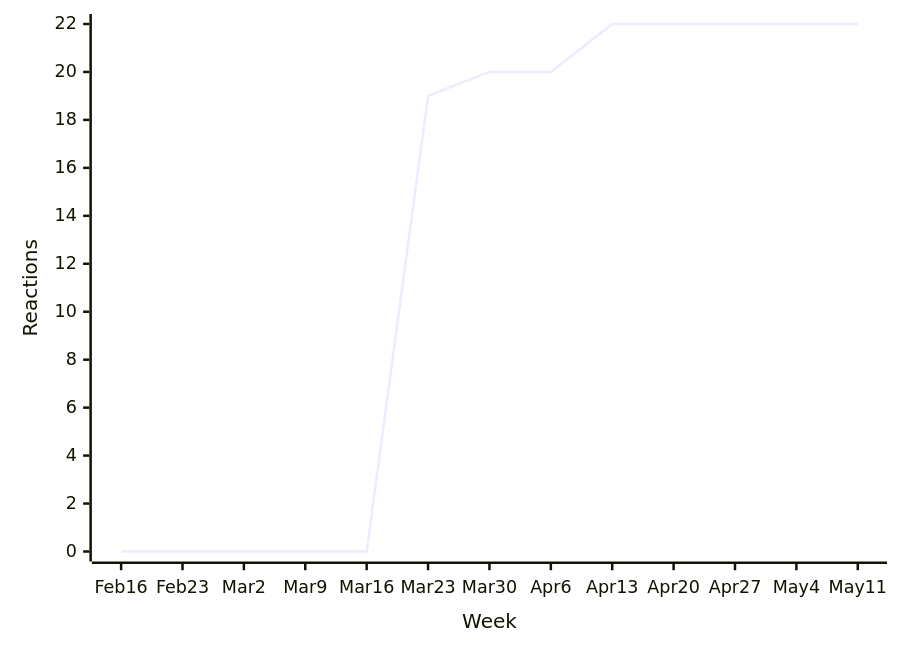
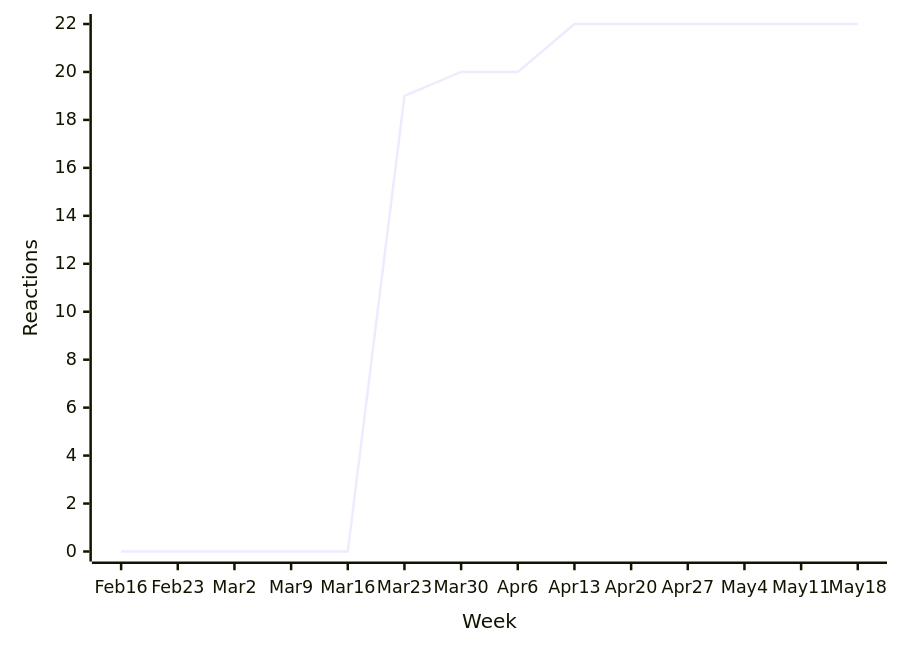
Before and after one commit to loic-sharma/github-insights: the fifth of 49 diagrams in README.md, drawn with Mermaid. The commit also changed other lines of this file and 3 other files, not shown here.

````diff
--- a/README.md
+++ b/README.md
@@ -407,6 +407,6 @@
   ```mermaid
   xychart-beta
-    x-axis "Week" [Feb 16, Feb 23, Mar 2, Mar 9, Mar 16, Mar 23, Mar 30, Apr 6, Apr 13, Apr 20, Apr 27, May 4, May 11]
+    x-axis "Week" [Feb 16, Feb 23, Mar 2, Mar 9, Mar 16, Mar 23, Mar 30, Apr 6, Apr 13, Apr 20, Apr 27, May 4, May 11, May 18]
     y-axis "Reactions"
-    line [0, 0, 0, 0, 0, 19, 20, 20, 22, 22, 22, 22, 22]
+    line [0, 0, 0, 0, 0, 19, 20, 20, 22, 22, 22, 22, 22, 22]
   ```
````
